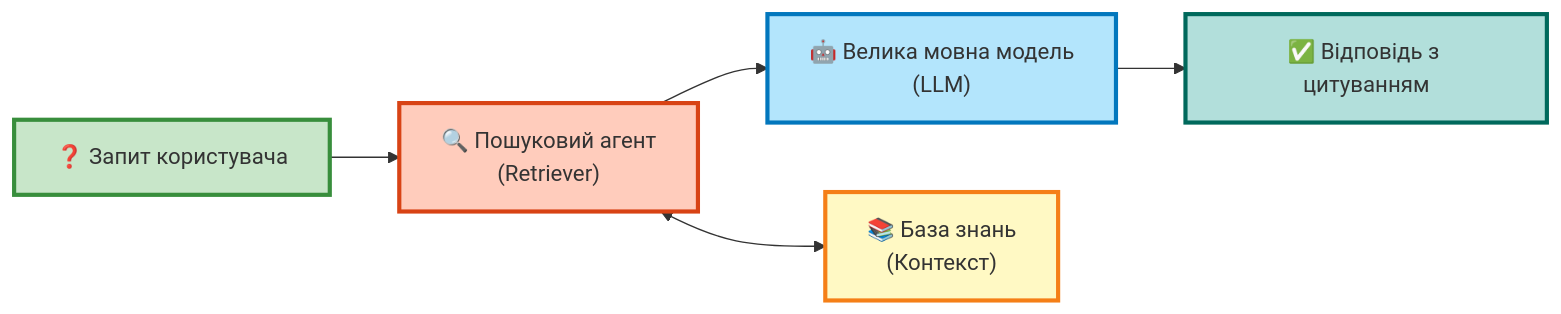
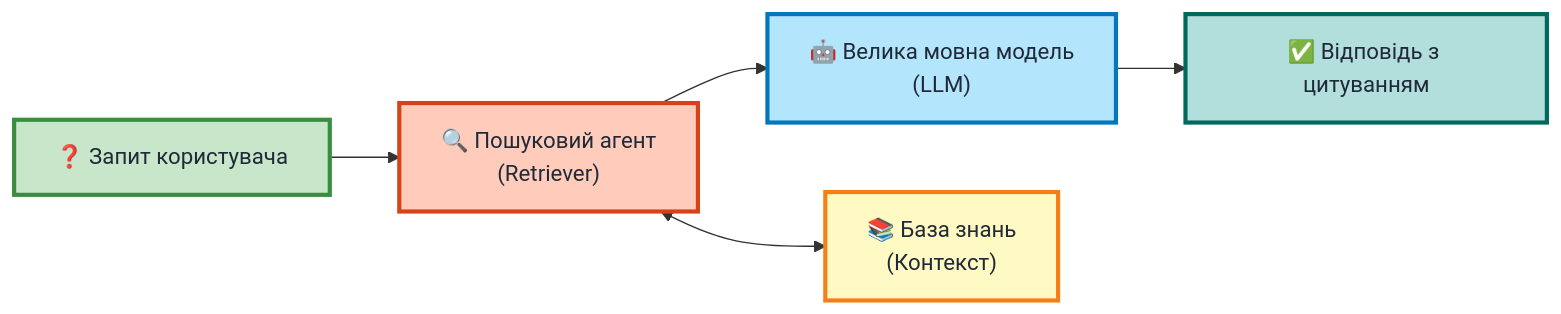
Before and after one commit to bunnybrin/rag-assistant: the second of 4 diagrams in docs/presentation/slides.md, drawn with Mermaid. The commit also changed other lines of this file, not shown here.

````diff
--- a/docs/presentation/slides.md
+++ b/docs/presentation/slides.md
@@ -408,13 +369,13 @@
 ```mermaid {scale: 0.9}
 graph LR
     A["❓ Запит користувача"] --> B["🔍 Пошуковий агент<br/>(Retriever)"]
     B --> C["🤖 Велика мовна модель<br/>(LLM)"]
     C --> D["✅ Відповідь з цитуванням"]
     B <--> E["📚 База знань<br/>(Контекст)"]
 
-    style A fill:#c8e6c9,stroke:#388e3c,stroke-width:3px
-    style B fill:#ffccbc,stroke:#d84315,stroke-width:3px
-    style C fill:#b3e5fc,stroke:#0277bd,stroke-width:3px
-    style D fill:#b2dfdb,stroke:#00695c,stroke-width:3px
-    style E fill:#fff9c4,stroke:#f57f17,stroke-width:3px
+    style A fill:#c8e6c9,stroke:#388e3c,stroke-width:3px,color:#1f2937
+    style B fill:#ffccbc,stroke:#d84315,stroke-width:3px,color:#1f2937
+    style C fill:#b3e5fc,stroke:#0277bd,stroke-width:3px,color:#1f2937
+    style D fill:#b2dfdb,stroke:#00695c,stroke-width:3px,color:#1f2937
+    style E fill:#fff9c4,stroke:#f57f17,stroke-width:3px,color:#1f2937
 ```
````
